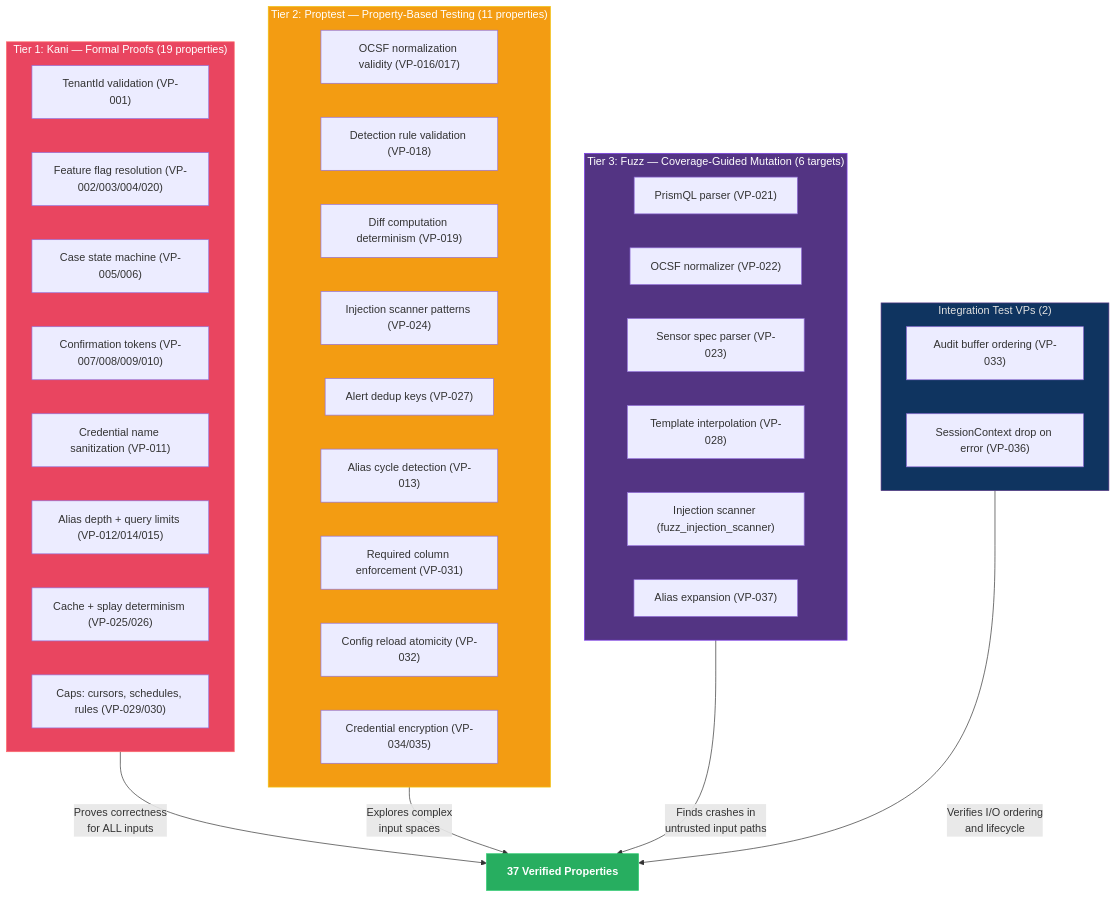
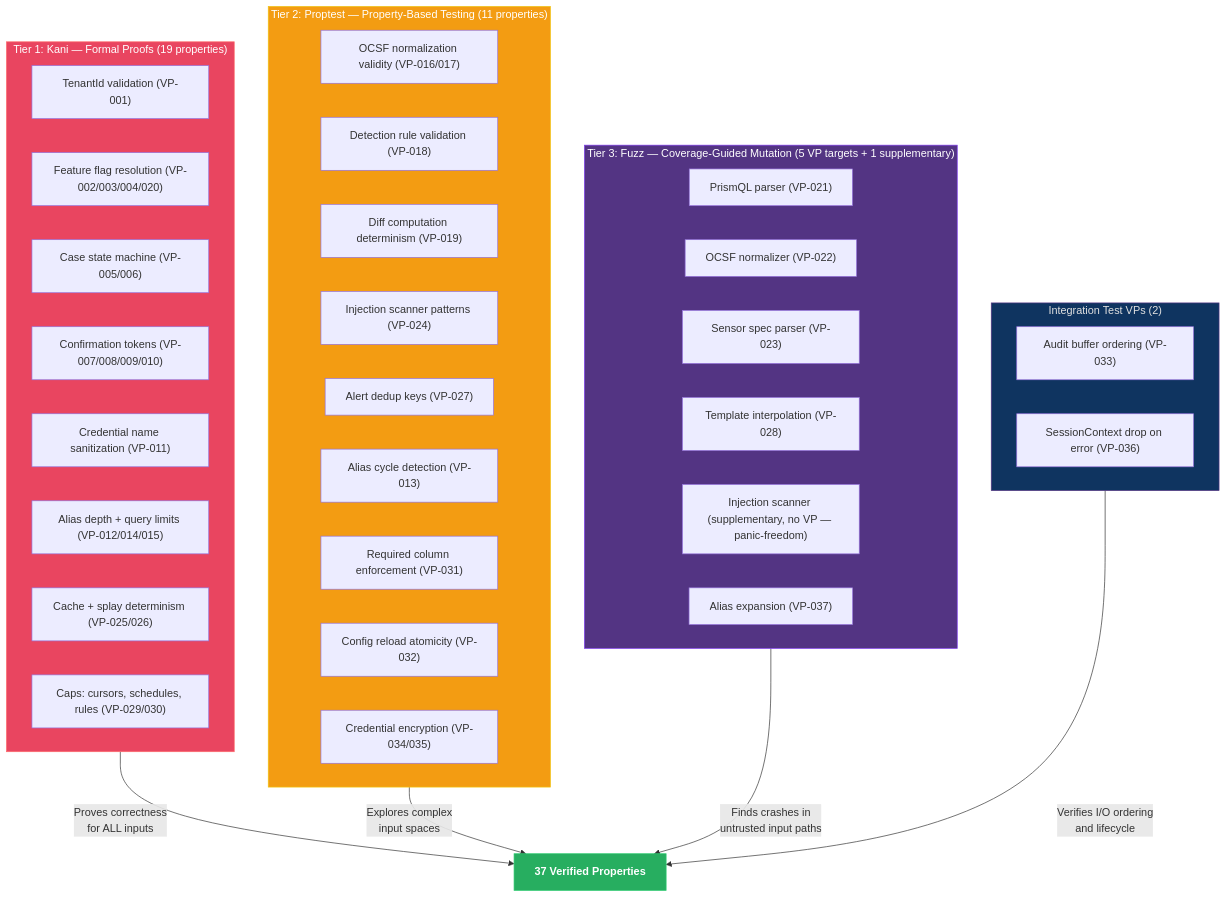
One commit to drbothen/prism changed the diagram in specs/architecture/verification-architecture.md. Above: the diagram before and after it, drawn with Mermaid. The commit also changed 5 other files, not shown here.

````diff
--- a/specs/architecture/verification-architecture.md
+++ b/specs/architecture/verification-architecture.md
@@ -18,50 +18,50 @@
 ```mermaid
 graph TB
     subgraph TIER1["Tier 1: Kani — Formal Proofs (19 properties)"]
         K1["TenantId validation (VP-001)"]
         K2["Feature flag resolution (VP-002/003/004/020)"]
         K3["Case state machine (VP-005/006)"]
         K4["Confirmation tokens (VP-007/008/009/010)"]
         K5["Credential name sanitization (VP-011)"]
         K6["Alias depth + query limits (VP-012/014/015)"]
         K7["Cache + splay determinism (VP-025/026)"]
         K8["Caps: cursors, schedules, rules (VP-029/030)"]
     end
 
     subgraph TIER2["Tier 2: Proptest — Property-Based Testing (11 properties)"]
         P1["OCSF normalization validity (VP-016/017)"]
         P2["Detection rule validation (VP-018)"]
         P3["Diff computation determinism (VP-019)"]
         P4["Injection scanner patterns (VP-024)"]
         P5["Alert dedup keys (VP-027)"]
         P6["Alias cycle detection (VP-013)"]
         P7["Required column enforcement (VP-031)"]
         P8["Config reload atomicity (VP-032)"]
         P9["Credential encryption (VP-034/035)"]
     end
 
-    subgraph TIER3["Tier 3: Fuzz — Coverage-Guided Mutation (6 targets)"]
+    subgraph TIER3["Tier 3: Fuzz — Coverage-Guided Mutation (5 VP targets + 1 supplementary)"]
         F1["PrismQL parser (VP-021)"]
         F2["OCSF normalizer (VP-022)"]
         F3["Sensor spec parser (VP-023)"]
         F4["Template interpolation (VP-028)"]
-        F5["Injection scanner (fuzz_injection_scanner)"]
+        F5["Injection scanner (supplementary, no VP — panic-freedom)"]
         F6["Alias expansion (VP-037)"]
     end
 
     subgraph INTEG["Integration Test VPs (2)"]
         I1["Audit buffer ordering (VP-033)"]
         I2["SessionContext drop on error (VP-036)"]
     end
 
     TIER1 -->|"Proves correctness<br/>for ALL inputs"| SAFE["37 Verified Properties"]
     TIER2 -->|"Explores complex<br/>input spaces"| SAFE
     TIER3 -->|"Finds crashes in<br/>untrusted input paths"| SAFE
     INTEG -->|"Verifies I/O ordering<br/>and lifecycle"| SAFE
 
     style TIER1 fill:#e94560,stroke:#ff6b6b,color:#fff
     style TIER2 fill:#f39c12,stroke:#f1c40f,color:#fff
     style TIER3 fill:#533483,stroke:#7c3aed,color:#fff
     style INTEG fill:#0f3460,stroke:#533483,color:#e0e0e0
     style SAFE fill:#27ae60,stroke:#2ecc71,color:#fff,font-weight:bold
 ```
````
